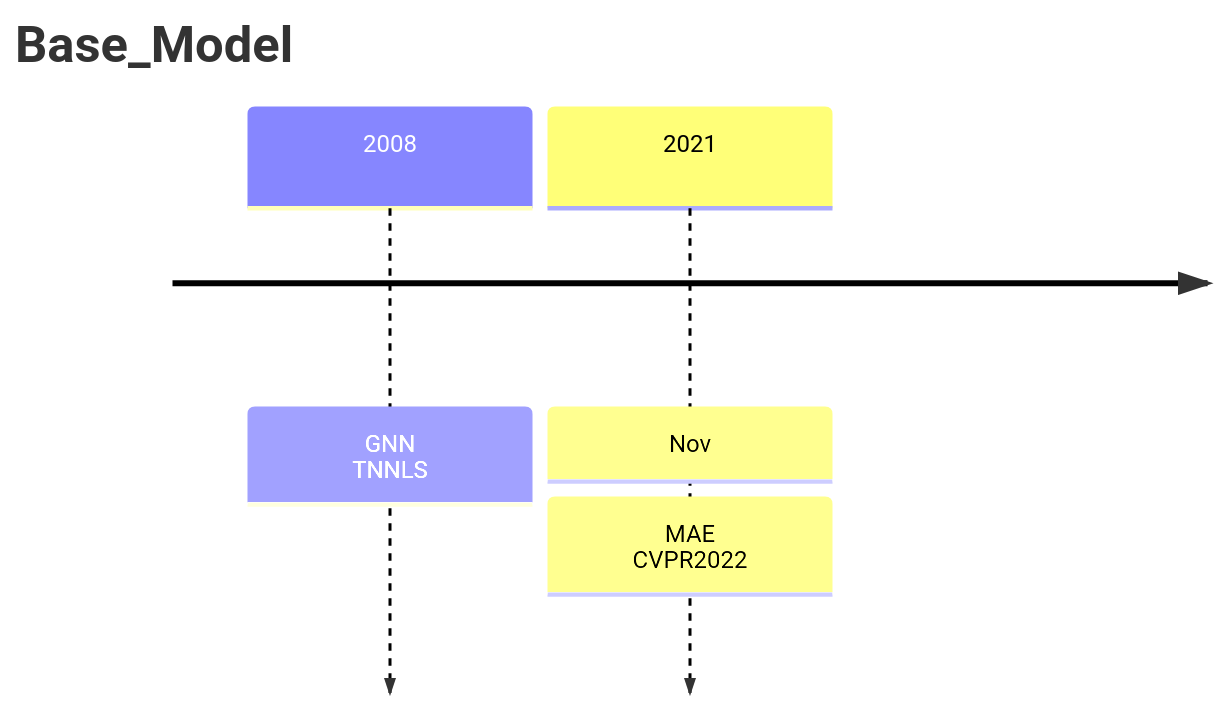
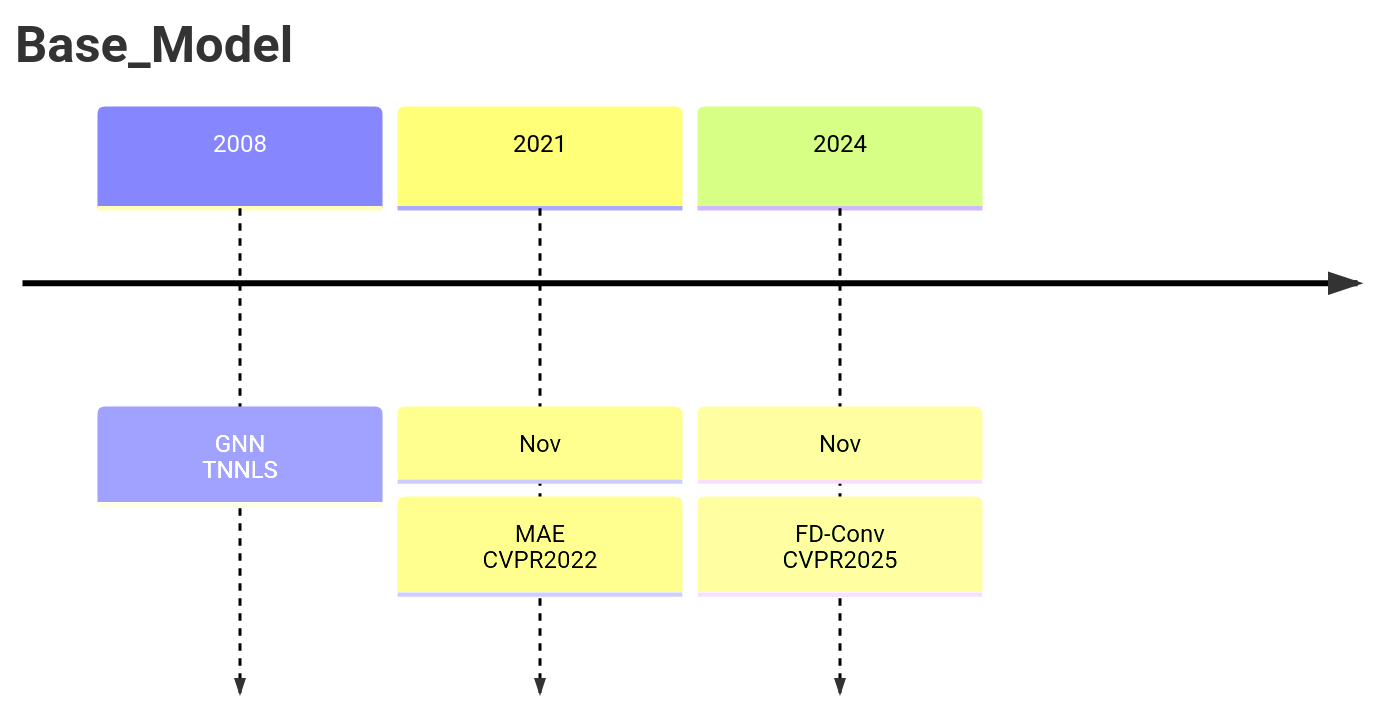
Before and after one commit to Elephant-King9/Paper: the first of 3 diagrams in Base_Model/analyse.md, drawn with Mermaid. The commit also changed other lines of this file and 29 other files, not shown here.

````diff
--- a/Base_Model/analyse.md
+++ b/Base_Model/analyse.md
@@ -5,7 +5,9 @@
 ```mermaid
 timeline
     title Base_Model
     2008 : GNN<br>TNNLS
     2021 : Nov
     		 : MAE<br>CVPR2022
+    2024 : Nov
+    		 : FD-Conv<br>CVPR2025
 ```
````
